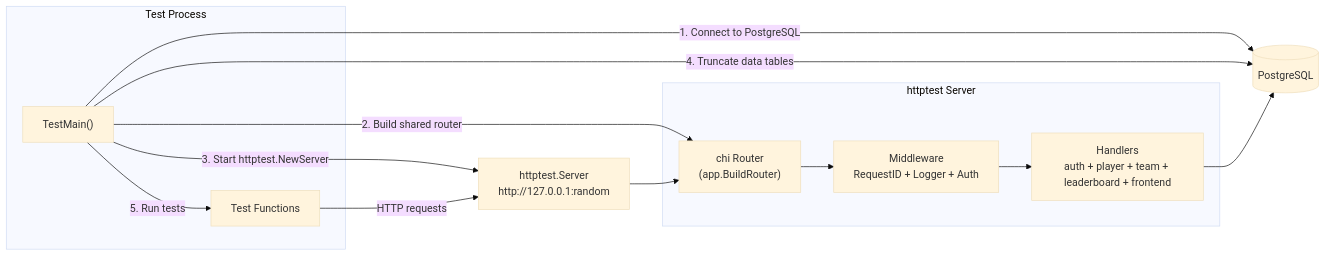
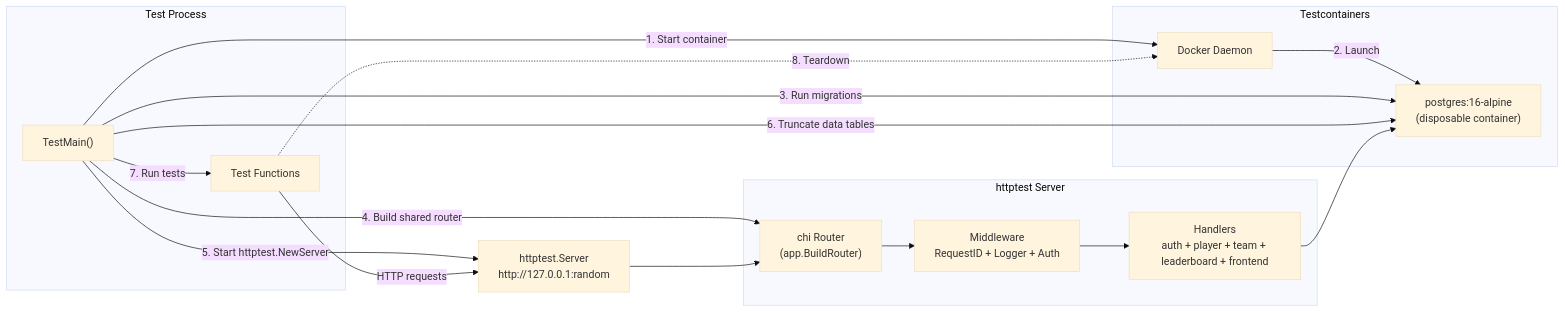
One commit to Gilibee-goode/Ark8de-L33tBo4rd changed the second of 2 diagrams in docs/phase-2-testing.md. Above: the diagram before and after it, drawn with Mermaid (base theme). The commit also changed other lines of this file and 8 other files, not shown here.

````diff
--- a/docs/phase-2-testing.md
+++ b/docs/phase-2-testing.md
@@ -125,23 +125,32 @@
 ```mermaid
 flowchart LR
     subgraph "Test Process"
         TestMain["TestMain()"]
         Tests["Test Functions"]
+    end
+
+    subgraph "Testcontainers"
+        Docker["Docker Daemon"]
+        PG["postgres:16-alpine<br/>(disposable container)"]
     end
 
     subgraph "httptest Server"
         Router["chi Router<br/>(app.BuildRouter)"]
         MW["Middleware<br/>RequestID + Logger + Auth"]
         Handlers["Handlers<br/>auth + player + team + leaderboard + frontend"]
     end
 
-    TestMain -->|"1. Connect to PostgreSQL"| DB[(PostgreSQL)]
-    TestMain -->|"2. Build shared router"| Router
-    TestMain -->|"3. Start httptest.NewServer"| Server["httptest.Server<br/>http://127.0.0.1:random"]
-    TestMain -->|"4. Truncate data tables"| DB
-    TestMain -->|"5. Run tests"| Tests
+    TestMain -->|"1. Start container"| Docker
+    Docker -->|"2. Launch"| PG
+    TestMain -->|"3. Run migrations"| PG
+    TestMain -->|"4. Build shared router"| Router
+    TestMain -->|"5. Start httptest.NewServer"| Server["httptest.Server<br/>http://127.0.0.1:random"]
+    TestMain -->|"6. Truncate data tables"| PG
+    TestMain -->|"7. Run tests"| Tests
 
     Tests -->|"HTTP requests"| Server
     Server --> Router --> MW --> Handlers
-    Handlers --> DB
+    Handlers --> PG
+
+    Tests -.->|"8. Teardown"| Docker
 ```
````
